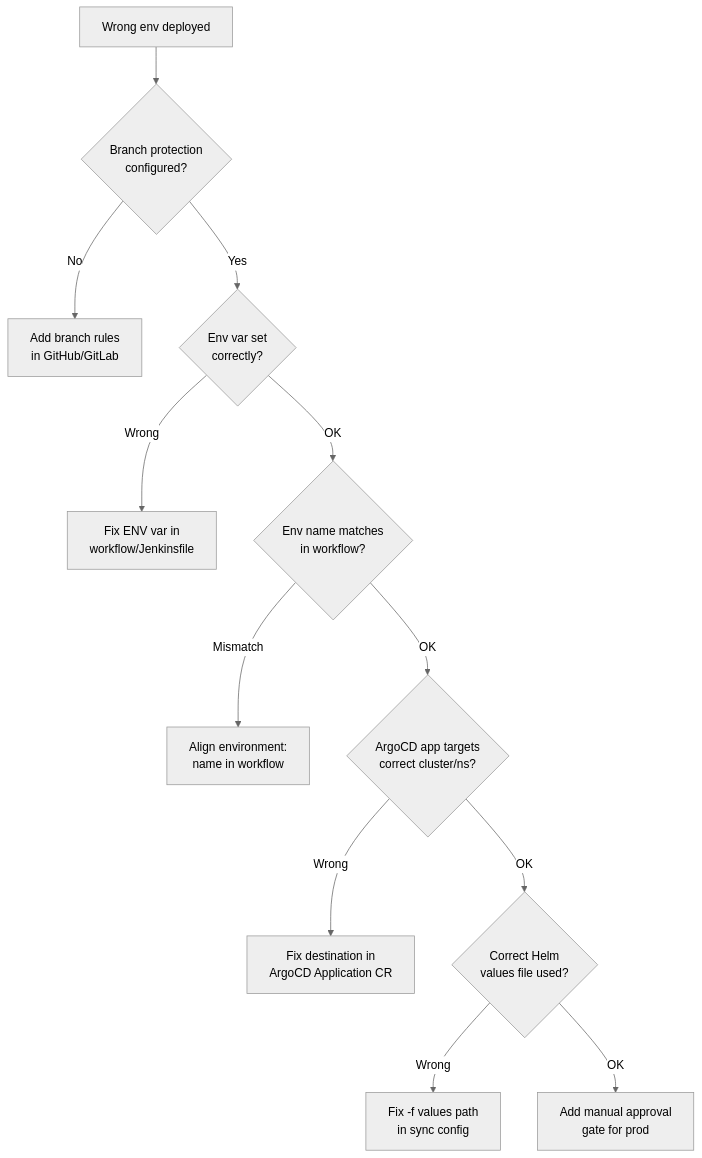
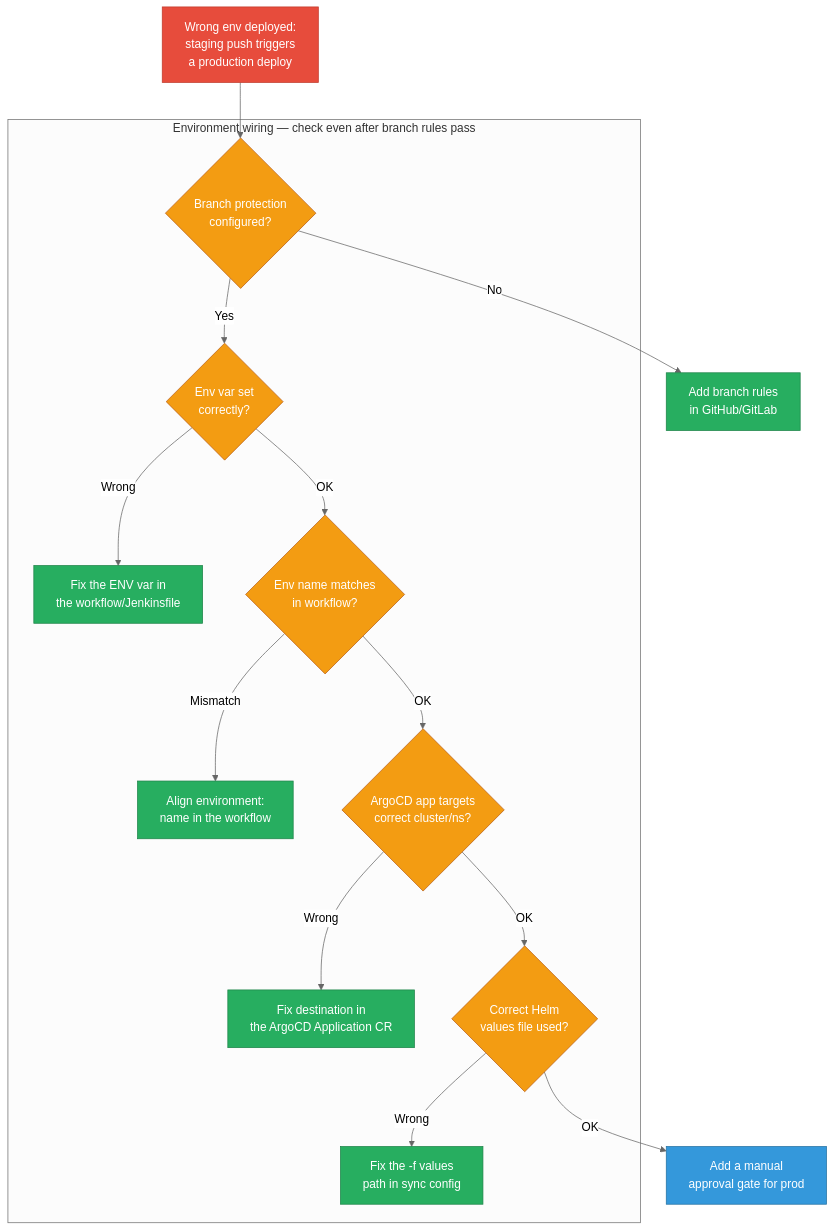
Before and after one commit to deepanshu-rawat6/DevOpsIndex: the sixth of 8 diagrams in sre/cicd-scenarios.md, drawn with Mermaid (neutral theme). The commit also changed other lines of this file and 10 other files, not shown here.

````diff
--- a/sre/cicd-scenarios.md
+++ b/sre/cicd-scenarios.md
@@ -254,14 +486,23 @@
 ```mermaid
 flowchart TD
-    A[Wrong env deployed] --> B{Branch protection<br/>configured?}
-    B -- No --> B1[Add branch rules<br/>in GitHub/GitLab]
-    B -- Yes --> C{Env var set<br/>correctly?}
-    C -- Wrong --> C1[Fix ENV var in<br/>workflow/Jenkinsfile]
-    C -- OK --> D{Env name matches<br/>in workflow?}
-    D -- Mismatch --> D1[Align environment:<br/>name in workflow]
-    D -- OK --> E{ArgoCD app targets<br/>correct cluster/ns?}
-    E -- Wrong --> E1[Fix destination in<br/>ArgoCD Application CR]
-    E -- OK --> F{Correct Helm<br/>values file used?}
-    F -- Wrong --> F1[Fix -f values path<br/>in sync config]
-    F -- OK --> G[Add manual approval<br/>gate for prod]
+    classDef err fill:#e74c3c,stroke:#c0392b,color:#fff
+    classDef decision fill:#f39c12,stroke:#ba6018,color:#fff
+    classDef fix fill:#27ae60,stroke:#1e8449,color:#fff
+    classDef verify fill:#3498db,stroke:#2471a3,color:#fff
+
+    A["Wrong env deployed:<br/>staging push triggers<br/>a production deploy"]:::err --> B{"Branch protection<br/>configured?"}:::decision
+    B -- No --> B1["Add branch rules<br/>in GitHub/GitLab"]:::fix
+
+    subgraph CONFIG["Environment wiring — check even after branch rules pass"]
+        B -- Yes --> C{"Env var set<br/>correctly?"}:::decision
+        C -- Wrong --> C1["Fix the ENV var in<br/>the workflow/Jenkinsfile"]:::fix
+        C -- OK --> D{"Env name matches<br/>in workflow?"}:::decision
+        D -- Mismatch --> D1["Align environment:<br/>name in the workflow"]:::fix
+        D -- OK --> E{"ArgoCD app targets<br/>correct cluster/ns?"}:::decision
+        E -- Wrong --> E1["Fix destination in<br/>the ArgoCD Application CR"]:::fix
+        E -- OK --> F{"Correct Helm<br/>values file used?"}:::decision
+        F -- Wrong --> F1["Fix the -f values<br/>path in sync config"]:::fix
+    end
+
+    F -- OK --> G["Add a manual<br/>approval gate for prod"]:::verify
 ```
````
